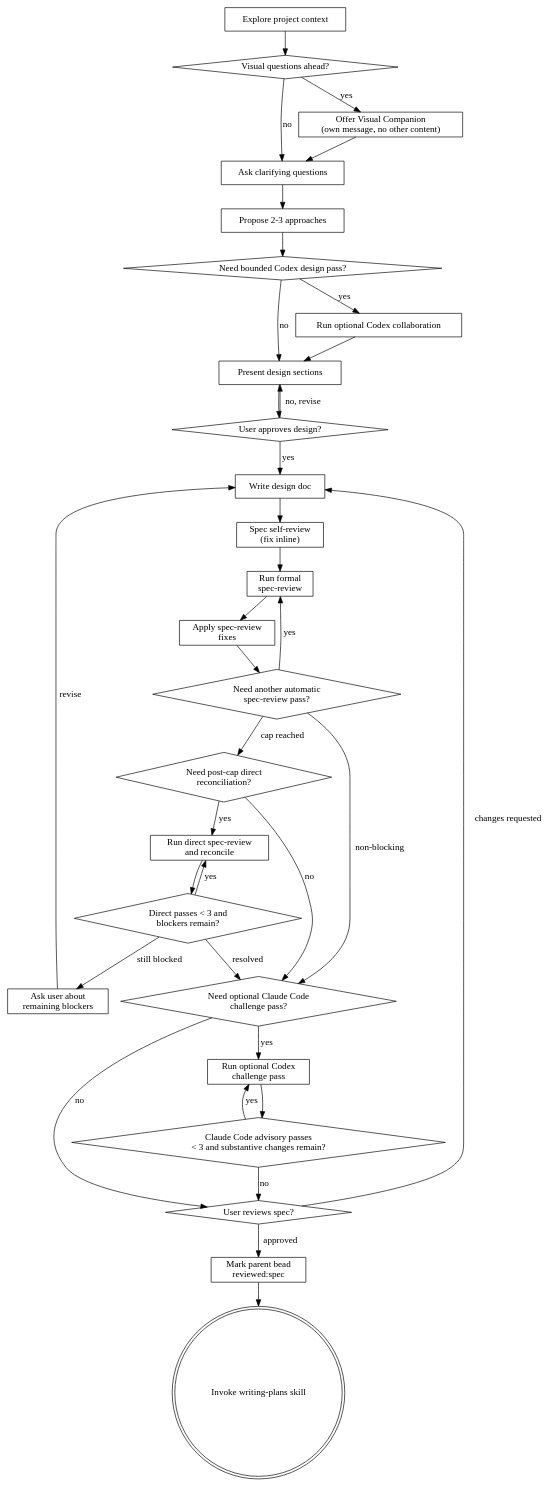
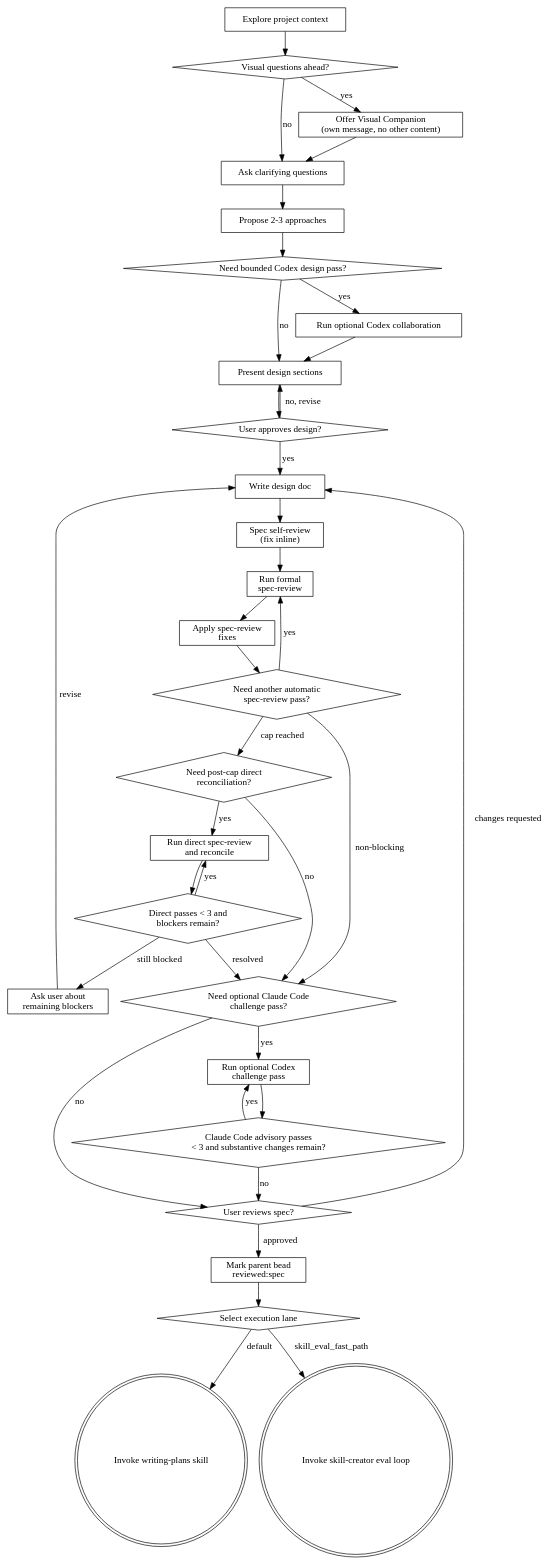
One commit to nakkulla/superpowers changed the diagram in skills/brainstorming/SKILL.md. Above: the diagram before and after it, drawn with Graphviz. The commit also changed other lines of this file and 1 other file, not shown here.

Commit message:
docs: brainstorming skill eval fast path 추가

````diff
--- a/skills/brainstorming/SKILL.md
+++ b/skills/brainstorming/SKILL.md
@@ -94,63 +133,67 @@
 ```dot
 digraph brainstorming {
     "Explore project context" [shape=box];
     "Visual questions ahead?" [shape=diamond];
     "Offer Visual Companion\n(own message, no other content)" [shape=box];
     "Ask clarifying questions" [shape=box];
     "Propose 2-3 approaches" [shape=box];
     "Need bounded Codex design pass?" [shape=diamond];
     "Run optional Codex collaboration" [shape=box];
     "Present design sections" [shape=box];
     "User approves design?" [shape=diamond];
     "Write design doc" [shape=box];
     "Spec self-review\n(fix inline)" [shape=box];
     "Run formal\nspec-review" [shape=box];
     "Apply spec-review\nfixes" [shape=box];
     "Need another automatic\nspec-review pass?" [shape=diamond];
     "Need post-cap direct\nreconciliation?" [shape=diamond];
     "Run direct spec-review\nand reconcile" [shape=box];
     "Direct passes < 3 and\nblockers remain?" [shape=diamond];
     "Ask user about\nremaining blockers" [shape=box];
     "Need optional Claude Code\nchallenge pass?" [shape=diamond];
     "Run optional Codex\nchallenge pass" [shape=box];
     "Claude Code advisory passes\n< 3 and substantive changes remain?" [shape=diamond];
     "User reviews spec?" [shape=diamond];
     "Mark parent bead\nreviewed:spec" [shape=box];
+    "Select execution lane" [shape=diamond];
     "Invoke writing-plans skill" [shape=doublecircle];
+    "Invoke skill-creator eval loop" [shape=doublecircle];
 
     "Explore project context" -> "Visual questions ahead?";
     "Visual questions ahead?" -> "Offer Visual Companion\n(own message, no other content)" [label="yes"];
     "Visual questions ahead?" -> "Ask clarifying questions" [label="no"];
     "Offer Visual Companion\n(own message, no other content)" -> "Ask clarifying questions";
     "Ask clarifying questions" -> "Propose 2-3 approaches";
     "Propose 2-3 approaches" -> "Need bounded Codex design pass?";
     "Need bounded Codex design pass?" -> "Run optional Codex collaboration" [label="yes"];
     "Need bounded Codex design pass?" -> "Present design sections" [label="no"];
     "Run optional Codex collaboration" -> "Present design sections";
     "Present design sections" -> "User approves design?";
     "User approves design?" -> "Present design sections" [label="no, revise"];
     "User approves design?" -> "Write design doc" [label="yes"];
     "Write design doc" -> "Spec self-review\n(fix inline)";
     "Spec self-review\n(fix inline)" -> "Run formal\nspec-review";
     "Run formal\nspec-review" -> "Apply spec-review\nfixes";
     "Apply spec-review\nfixes" -> "Need another automatic\nspec-review pass?";
     "Need another automatic\nspec-review pass?" -> "Run formal\nspec-review" [label="yes"];
     "Need another automatic\nspec-review pass?" -> "Need post-cap direct\nreconciliation?" [label="cap reached"];
     "Need another automatic\nspec-review pass?" -> "Need optional Claude Code\nchallenge pass?" [label="non-blocking"];
     "Need post-cap direct\nreconciliation?" -> "Run direct spec-review\nand reconcile" [label="yes"];
     "Need post-cap direct\nreconciliation?" -> "Need optional Claude Code\nchallenge pass?" [label="no"];
     "Run direct spec-review\nand reconcile" -> "Direct passes < 3 and\nblockers remain?";
     "Direct passes < 3 and\nblockers remain?" -> "Run direct spec-review\nand reconcile" [label="yes"];
     "Direct passes < 3 and\nblockers remain?" -> "Ask user about\nremaining blockers" [label="still blocked"];
     "Direct passes < 3 and\nblockers remain?" -> "Need optional Claude Code\nchallenge pass?" [label="resolved"];
     "Ask user about\nremaining blockers" -> "Write design doc" [label="revise"];
     "Need optional Claude Code\nchallenge pass?" -> "Run optional Codex\nchallenge pass" [label="yes"];
     "Need optional Claude Code\nchallenge pass?" -> "User reviews spec?" [label="no"];
     "Run optional Codex\nchallenge pass" -> "Claude Code advisory passes\n< 3 and substantive changes remain?";
     "Claude Code advisory passes\n< 3 and substantive changes remain?" -> "Run optional Codex\nchallenge pass" [label="yes"];
     "Claude Code advisory passes\n< 3 and substantive changes remain?" -> "User reviews spec?" [label="no"];
     "User reviews spec?" -> "Write design doc" [label="changes requested"];
     "User reviews spec?" -> "Mark parent bead\nreviewed:spec" [label="approved"];
-    "Mark parent bead\nreviewed:spec" -> "Invoke writing-plans skill";
+    "Mark parent bead\nreviewed:spec" -> "Select execution lane";
+    "Select execution lane" -> "Invoke writing-plans skill" [label="default"];
+    "Select execution lane" -> "Invoke skill-creator eval loop" [label="skill_eval_fast_path"];
 }
 ```
````
